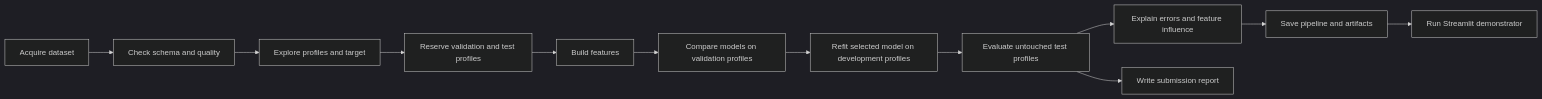
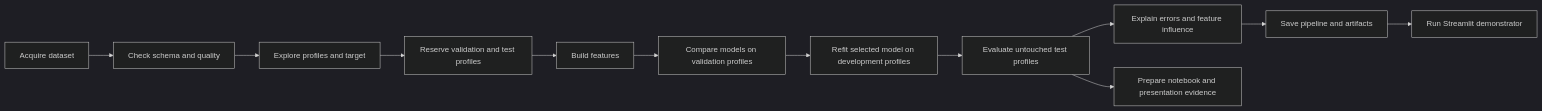
The diagram in docs/FLOW_DIAGRAM.md (Kanha-Gupta18/ai-project), drawn with Mermaid (dark theme) before and after one commit. The commit also changed 10 other files, not shown here.

````diff
--- a/docs/FLOW_DIAGRAM.md
+++ b/docs/FLOW_DIAGRAM.md
@@ -3,14 +3,14 @@
 ```mermaid
 flowchart LR
     A[Acquire dataset] --> B[Check schema and quality]
     B --> C[Explore profiles and target]
     C --> D[Reserve validation and test profiles]
     D --> E[Build features]
     E --> F[Compare models on validation profiles]
     F --> G[Refit selected model on development profiles]
     G --> H[Evaluate untouched test profiles]
     H --> I[Explain errors and feature influence]
     I --> J[Save pipeline and artifacts]
     J --> K[Run Streamlit demonstrator]
-    H --> L[Write submission report]
+    H --> L[Prepare notebook and presentation evidence]
 ```
````
